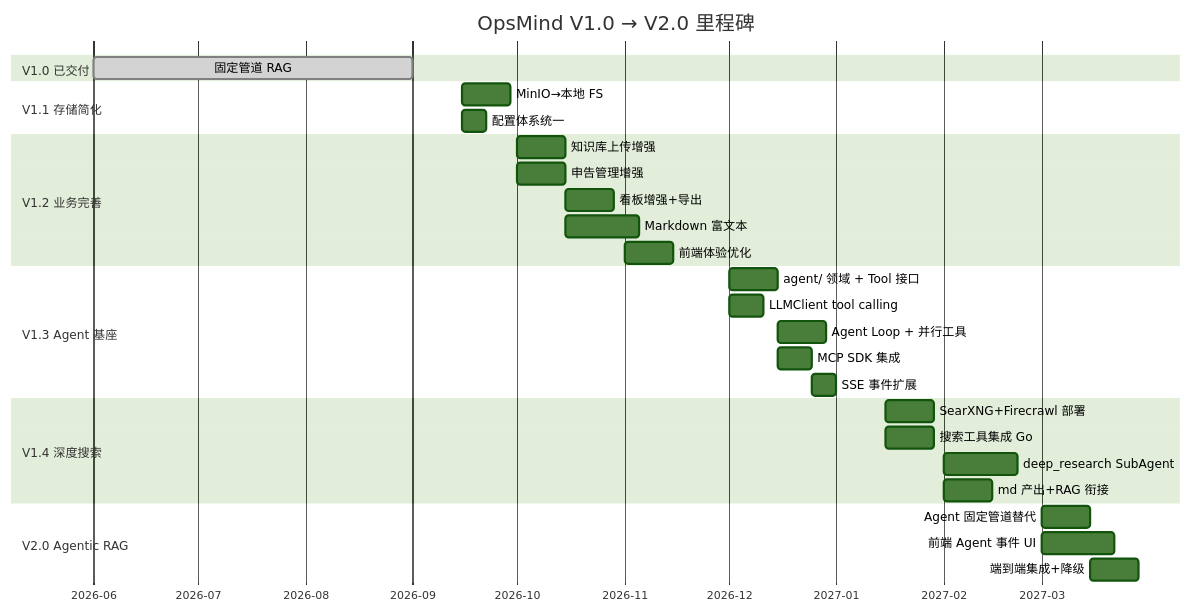
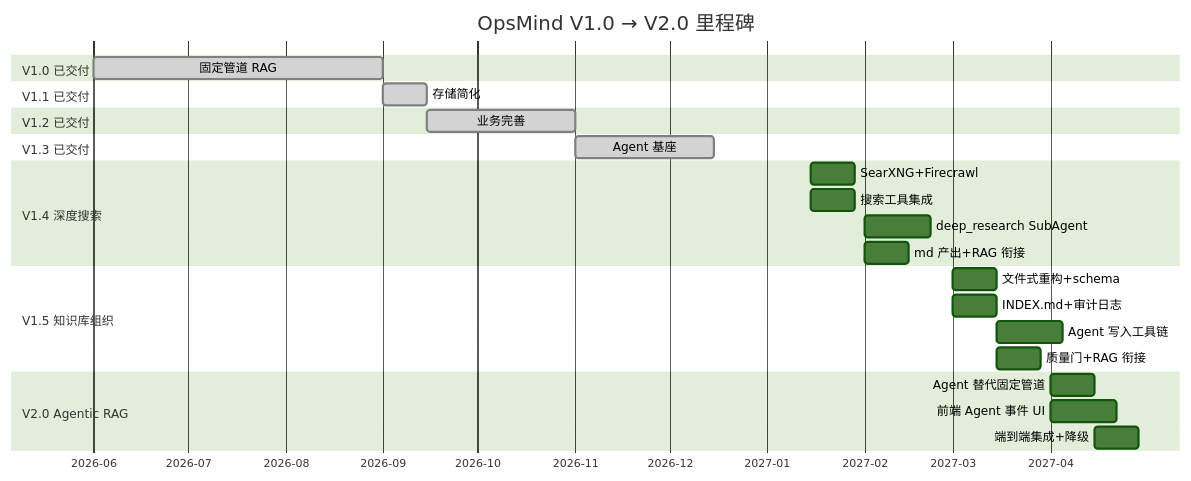
The tenth of 10 diagrams in docs/ROADMAP.md (int2t05/Cognik), drawn with Mermaid (forest theme) before and after one commit. The commit also changed other lines of this file, not shown here.

First line of the commit message:
docs(roadmap): 全量更新 — 新增 V1.5 知识库组织 + 简洁纯净

````diff
--- a/docs/ROADMAP.md
+++ b/docs/ROADMAP.md
@@ -484,38 +515,35 @@
 ```mermaid
 gantt
     title OpsMind V1.0 → V2.0 里程碑
     dateFormat YYYY-MM-DD
     axisFormat %Y-%m
 
     section V1.0 已交付
     固定管道 RAG         :done, v1, 2026-06-01, 2026-09-01
 
-    section V1.1 存储简化
-    MinIO→本地 FS        :v11a, 2026-09-15, 14d
-    配置体系统一          :v11b, 2026-09-15, 7d
+    section V1.1 已交付
+    存储简化             :done, v11, 2026-09-01, 2026-09-15
 
-    section V1.2 业务完善
-    知识库上传增强        :v12a, 2026-10-01, 14d
-    申告管理增强          :v12b, 2026-10-01, 14d
-    看板增强+导出         :v12c, 2026-10-15, 14d
-    Markdown 富文本       :v12d, 2026-10-15, 21d
-    前端体验优化          :v12e, 2026-11-01, 14d
+    section V1.2 已交付
+    业务完善             :done, v12, 2026-09-15, 2026-11-01
 
-    section V1.3 Agent 基座
-    agent/ 领域 + Tool 接口 :v13a, 2026-12-01, 14d
-    LLMClient tool calling :v13b, 2026-12-01, 10d
-    Agent Loop + 并行工具  :v13c, 2026-12-15, 14d
-    MCP SDK 集成          :v13d, 2026-12-15, 10d
-    SSE 事件扩展          :v13e, 2026-12-25, 7d
+    section V1.3 已交付
+    Agent 基座           :done, v13, 2026-11-01, 2026-12-15
 
     section V1.4 深度搜索
-    SearXNG+Firecrawl 部署  :v14a, 2027-01-15, 14d
-    搜索工具集成 Go        :v14b, 2027-01-15, 14d
+    SearXNG+Firecrawl    :v14a, 2027-01-15, 14d
+    搜索工具集成          :v14b, 2027-01-15, 14d
     deep_research SubAgent :v14c, 2027-02-01, 21d
-    md 产出+RAG 衔接        :v14d, 2027-02-01, 14d
+    md 产出+RAG 衔接      :v14d, 2027-02-01, 14d
+
+    section V1.5 知识库组织
+    文件式重构+schema    :v15a, 2027-03-01, 14d
+    INDEX.md+审计日志    :v15b, 2027-03-01, 14d
+    Agent 写入工具链     :v15c, 2027-03-15, 21d
+    质量门+RAG 衔接       :v15d, 2027-03-15, 14d
 
     section V2.0 Agentic RAG
-    Agent 固定管道替代    :v20a, 2027-03-01, 14d
-    前端 Agent 事件 UI    :v20b, 2027-03-01, 21d
-    端到端集成+降级       :v20c, 2027-03-15, 14d
+    Agent 替代固定管道    :v20a, 2027-04-01, 14d
+    前端 Agent 事件 UI    :v20b, 2027-04-01, 21d
+    端到端集成+降级       :v20c, 2027-04-15, 14d
 ```
````
